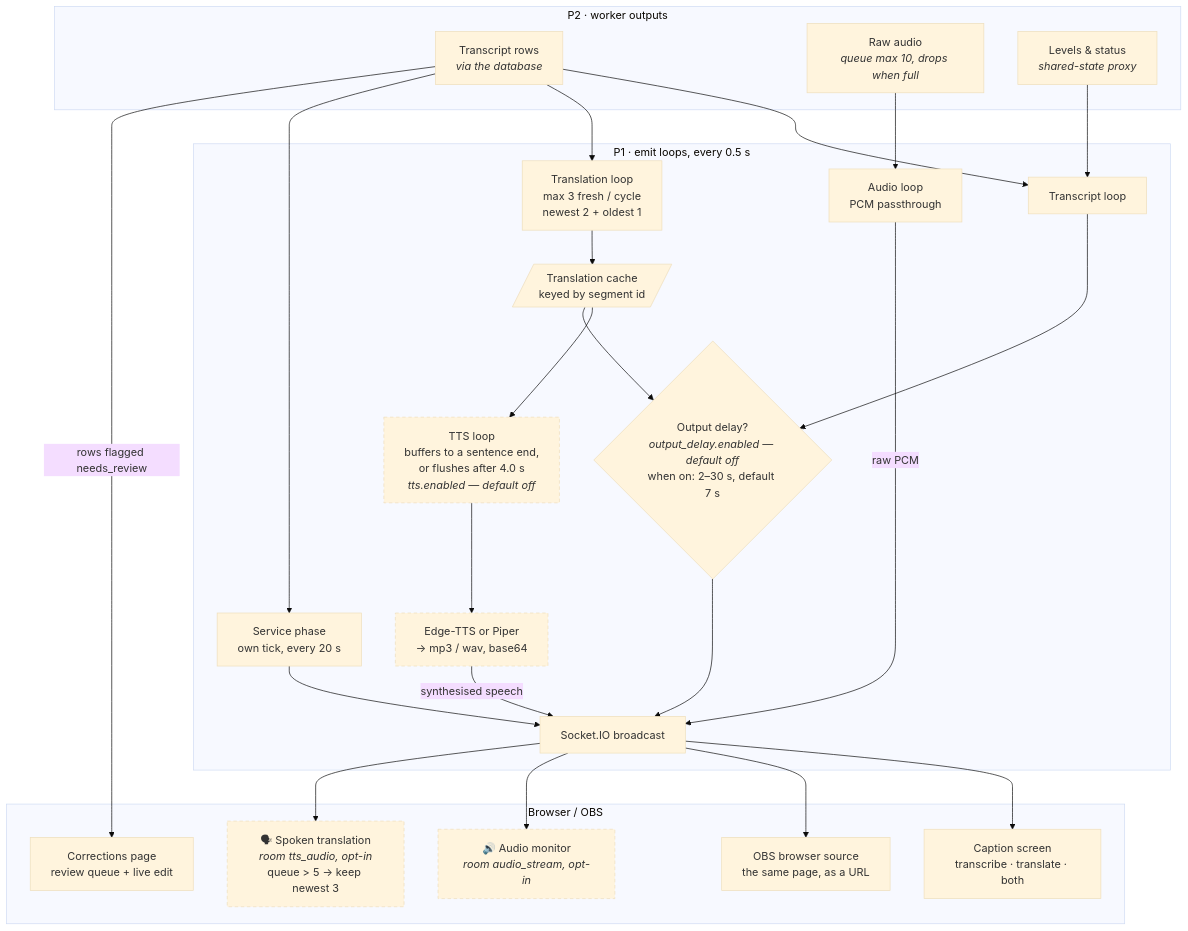
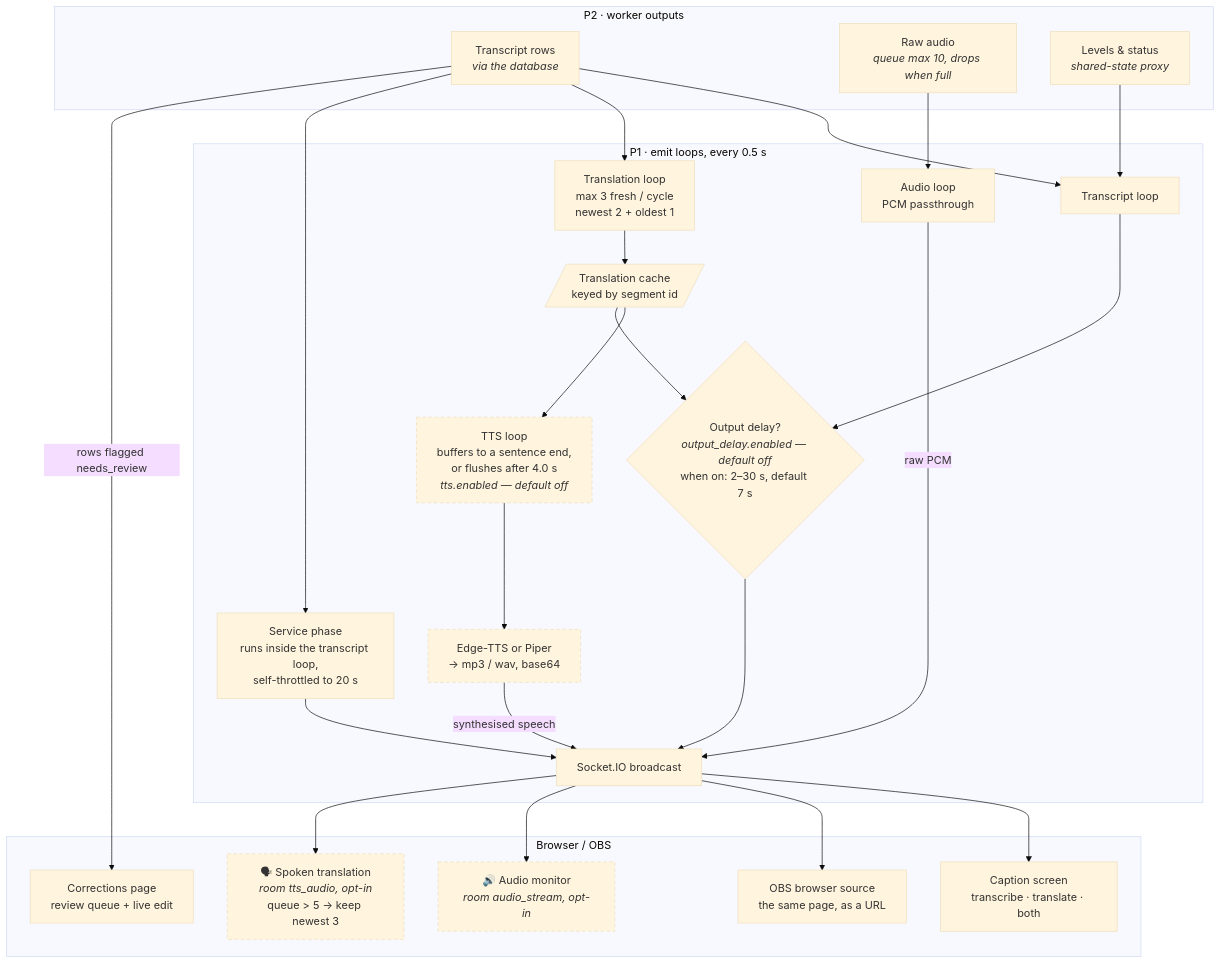
Before and after one commit to ChurchPresenter/STT: the sixth of 12 diagrams in PIPELINE.md, drawn with Mermaid (base theme). The commit also changed other lines of this file, not shown here.

````diff
--- a/PIPELINE.md
+++ b/PIPELINE.md
@@ -241,51 +258,51 @@
 ```mermaid
 flowchart TD
     subgraph WORKER["P2 · worker outputs"]
         R1["Transcript rows<br/><i>via the database</i>"]
         R2["Raw audio<br/><i>queue max 10, drops when full</i>"]
         R3["Levels &amp; status<br/><i>shared-state proxy</i>"]
     end
 
     subgraph WEBP["P1 · emit loops, every 0.5 s"]
         L1["Transcript loop"]
         L2["Translation loop<br/>max 3 fresh / cycle<br/>newest 2 + oldest 1"]
         TC[/"Translation cache<br/>keyed by segment id"/]
         L4["TTS loop<br/>buffers to a sentence end,<br/>or flushes after 4.0 s<br/><i>tts.enabled — default off</i>"]
         SYN["Edge-TTS or Piper<br/>→ mp3 / wav, base64"]
         L3["Audio loop<br/>PCM passthrough"]
-        SP["Service phase<br/>own tick, every 20 s"]
+        SP["Service phase<br/>runs inside the transcript loop,<br/>self-throttled to 20 s"]
         DLY{"Output delay?<br/><i>output_delay.enabled — default off</i><br/>when on: 2–30 s, default 7 s"}
         SIO["Socket.IO broadcast"]
     end
 
     subgraph CLIENT["Browser / OBS"]
         C1["Caption screen<br/>transcribe · translate · both"]
         C2["OBS browser source<br/>the same page, as a URL"]
         C3["🔊 Audio monitor<br/><i>room audio_stream, opt-in</i>"]
         C4["🗣 Spoken translation<br/><i>room tts_audio, opt-in</i><br/>queue &gt; 5 → keep newest 3"]
         C5["Corrections page<br/>review queue + live edit"]
     end
 
     R1 --> L1
     R1 --> L2
     R3 --> L1
     R1 --> SP
     L2 --> TC
     TC --> L4
     L4 --> SYN
     R2 --> L3
     L1 --> DLY
     TC --> DLY
     DLY --> SIO
     SP --> SIO
     L3 -->|raw PCM| SIO
     SYN -->|synthesised speech| SIO
     SIO --> C1
     SIO --> C2
     SIO --> C3
     SIO --> C4
     R1 -->|rows flagged needs_review| C5
 
     classDef optin stroke-dasharray:5 4;
     class L4,SYN,C4,C3 optin;
 ```
````
